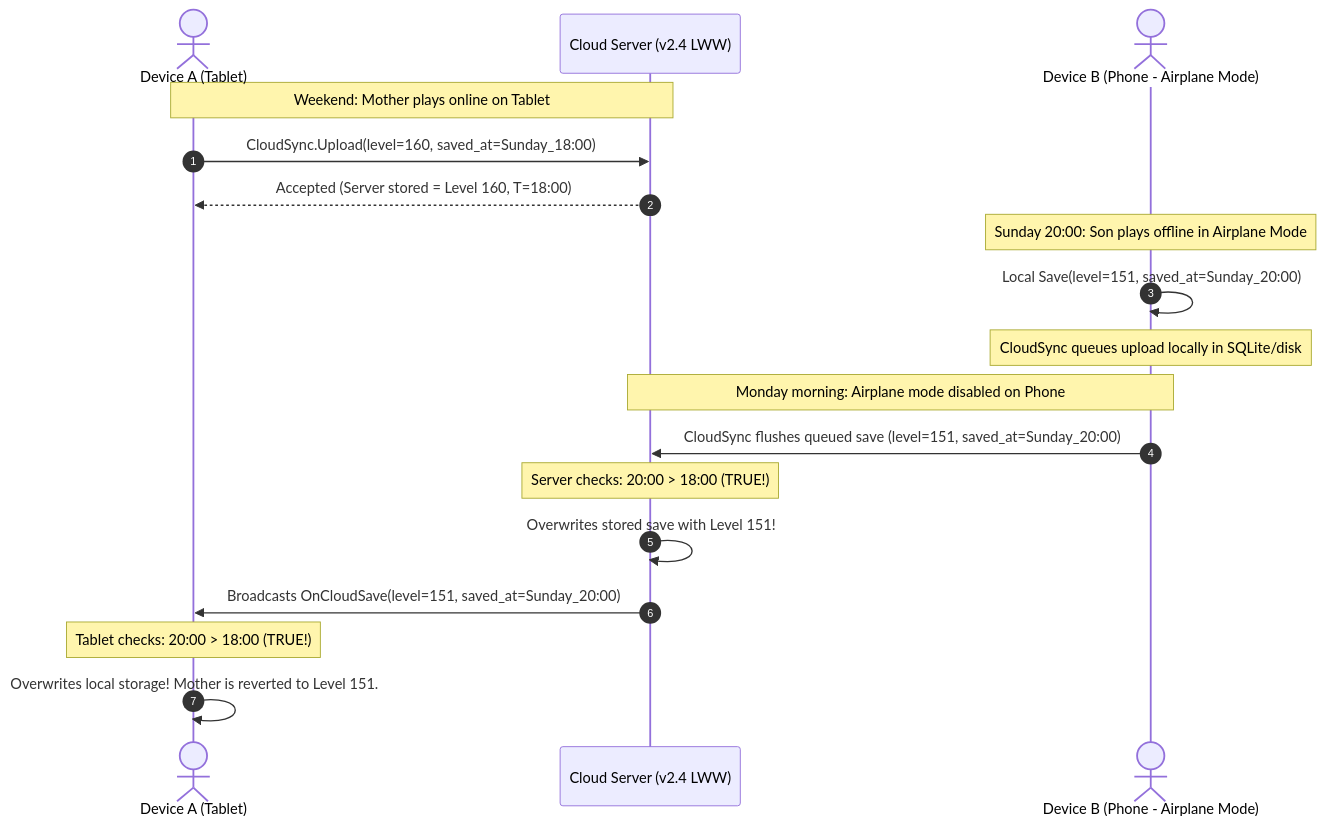
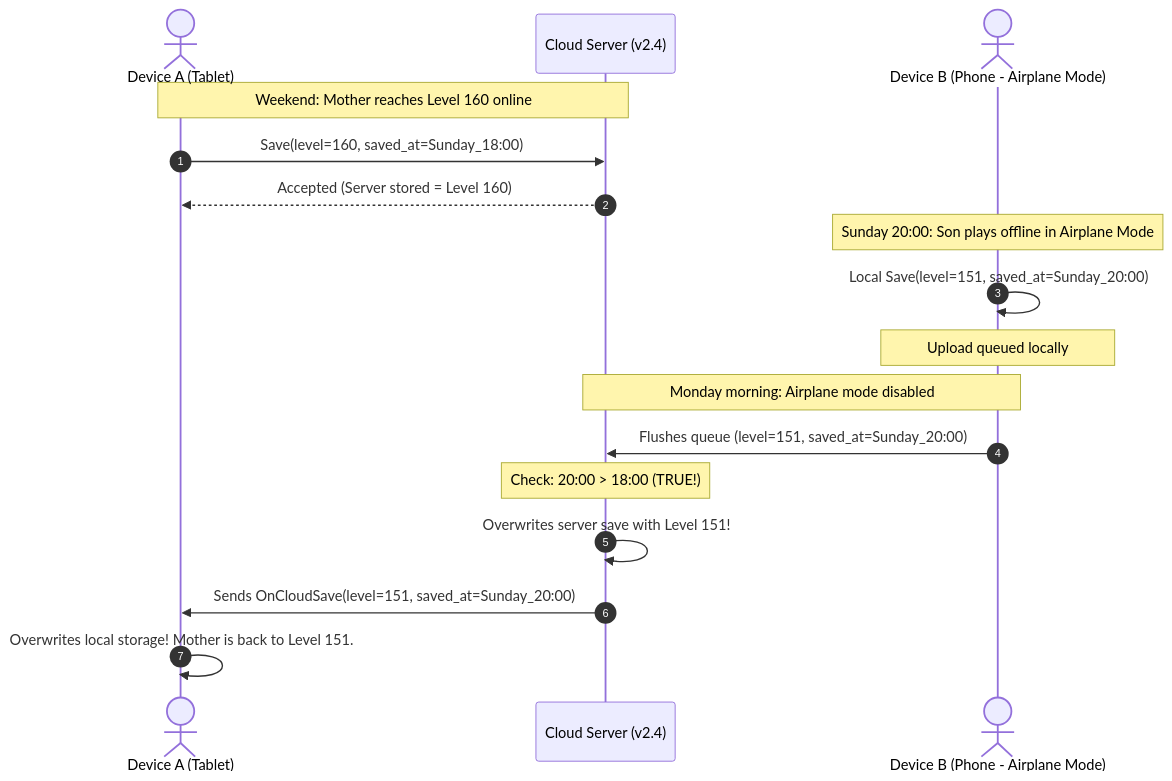
The first of 3 diagrams in submission/Chaos_Engine_Labs_Assignment.md (aaditya156/merge-kingdom-v25), drawn with Mermaid before and after one commit. The commit also changed other lines of this file and 1 other file, not shown here.

````diff
--- a/submission/Chaos_Engine_Labs_Assignment.md
+++ b/submission/Chaos_Engine_Labs_Assignment.md
@@ -94,23 +70,22 @@
 ```mermaid
 sequenceDiagram
     autonumber
     actor Tablet as Device A (Tablet)
-    participant Server as Cloud Server (v2.4 LWW)
+    participant Server as Cloud Server (v2.4)
     actor Phone as Device B (Phone - Airplane Mode)
 
-    Note over Tablet,Server: Weekend: Mother plays online on Tablet
-    Tablet->>Server: CloudSync.Upload(level=160, saved_at=Sunday_18:00)
-    Server-->>Tablet: Accepted (Server stored = Level 160, T=18:00)
+    Note over Tablet,Server: Weekend: Mother reaches Level 160 online
+    Tablet->>Server: Save(level=160, saved_at=Sunday_18:00)
+    Server-->>Tablet: Accepted (Server stored = Level 160)
 
     Note over Phone: Sunday 20:00: Son plays offline in Airplane Mode
     Phone->>Phone: Local Save(level=151, saved_at=Sunday_20:00)
-    Note over Phone: CloudSync queues upload locally in SQLite/disk
+    Note over Phone: Upload queued locally
 
-    Note over Phone,Server: Monday morning: Airplane mode disabled on Phone
-    Phone->>Server: CloudSync flushes queued save (level=151, saved_at=Sunday_20:00)
-    Note over Server: Server checks: 20:00 > 18:00 (TRUE!)
-    Server->>Server: Overwrites stored save with Level 151!
-    Server->>Tablet: Broadcasts OnCloudSave(level=151, saved_at=Sunday_20:00)
-    Note over Tablet: Tablet checks: 20:00 > 18:00 (TRUE!)
-    Tablet->>Tablet: Overwrites local storage! Mother is reverted to Level 151.
+    Note over Phone,Server: Monday morning: Airplane mode disabled
+    Phone->>Server: Flushes queue (level=151, saved_at=Sunday_20:00)
+    Note over Server: Check: 20:00 > 18:00 (TRUE!)
+    Server->>Server: Overwrites server save with Level 151!
+    Server->>Tablet: Sends OnCloudSave(level=151, saved_at=Sunday_20:00)
+    Tablet->>Tablet: Overwrites local storage! Mother is back to Level 151.
 ```
````
